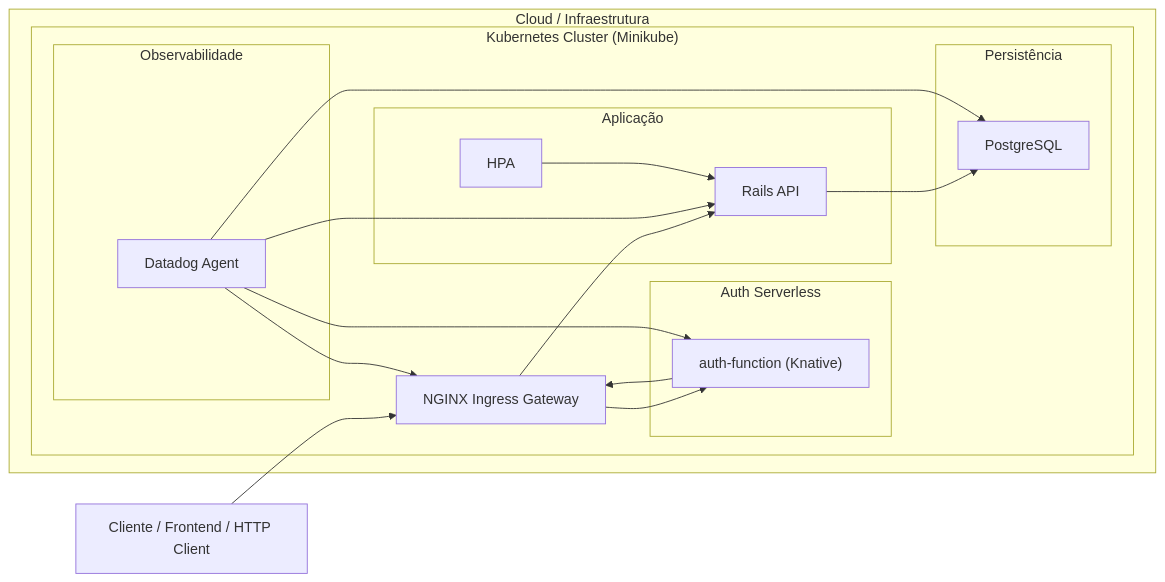
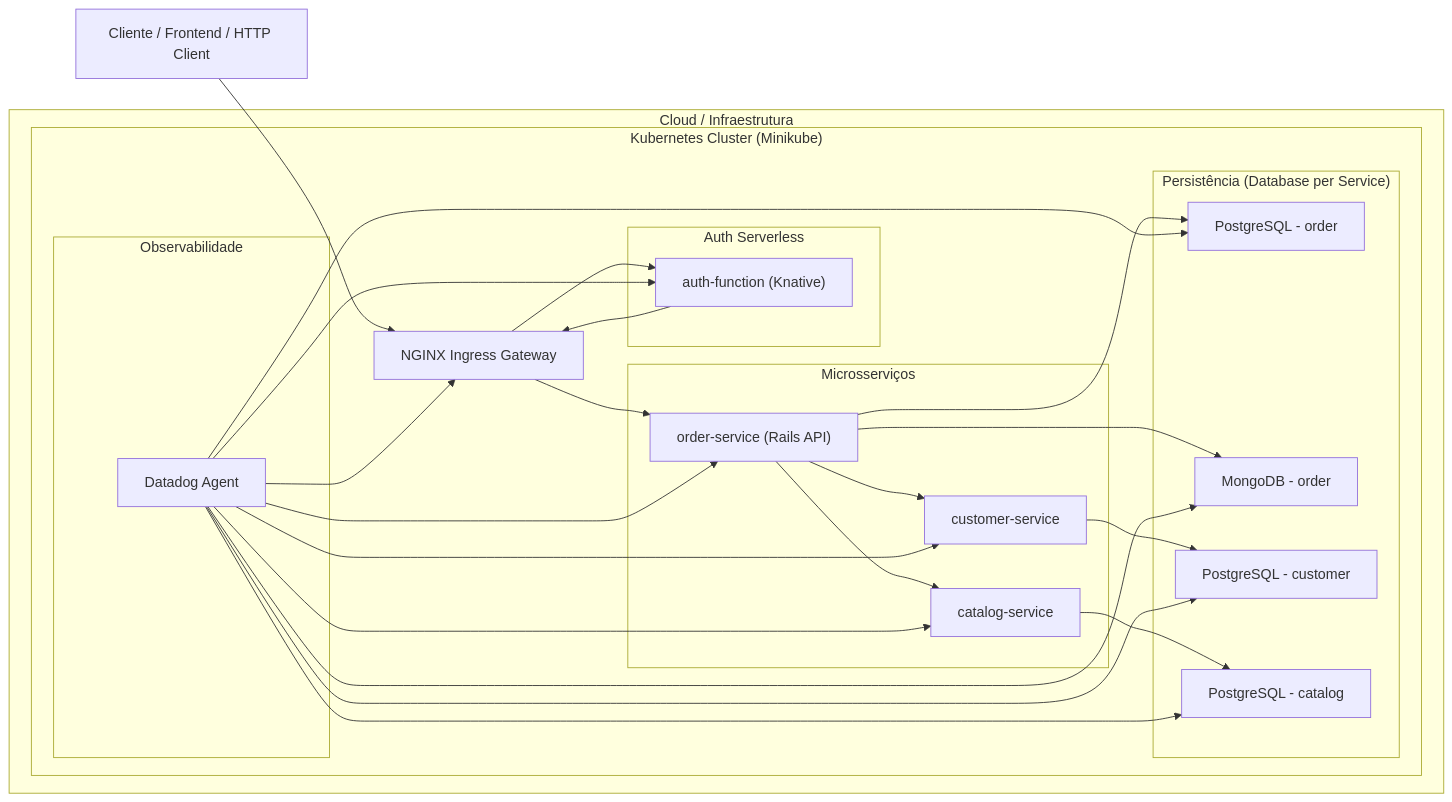
Before and after one commit to gabriel-murakami/workshop: the second of 3 diagrams in README.md, drawn with Mermaid. The commit also changed other lines of this file and 40 other files, not shown here.

````diff
--- a/README.md
+++ b/README.md
@@ -199,39 +199,61 @@
 ```mermaid
 flowchart LR
     subgraph Cloud["Cloud / Infraestrutura"]
         subgraph K8s["Kubernetes Cluster (Minikube)"]
             NGINX["NGINX Ingress Gateway"]
 
             subgraph Auth["Auth Serverless"]
                 AUTH["auth-function (Knative)"]
             end
 
-            subgraph API["Aplicação"]
-                WEB["Rails API"]
-                HPA["HPA"]
-                HPA --> WEB
+            subgraph Services["Microsserviços"]
+                ORDER["order-service (Rails API)"]
+                CUSTOMER["customer-service"]
+                CATALOG["catalog-service"]
             end
 
-            subgraph DB["Persistência"]
-                POSTGRES["PostgreSQL"]
+            subgraph DB["Persistência (Database per Service)"]
+                DB_ORDER_PG["PostgreSQL - order"]
+                DB_ORDER_MONGO["MongoDB - order"]
+                DB_CUSTOMER["PostgreSQL - customer"]
+                DB_CATALOG["PostgreSQL - catalog"]
             end
 
             subgraph Obs["Observabilidade"]
                 DD["Datadog Agent"]
             end
         end
     end
 
     Client["Cliente / Frontend / HTTP Client"]
 
+    %% Entrada
     Client --> NGINX
+
+    %% Auth apenas no order-service
     NGINX --> AUTH
     AUTH --> NGINX
-    NGINX --> WEB
-    WEB --> POSTGRES
+    NGINX --> ORDER
 
+    %% Comunicação interna
+    ORDER --> CUSTOMER
+    ORDER --> CATALOG
+
+    %% Bancos
+    ORDER --> DB_ORDER_PG
+    ORDER --> DB_ORDER_MONGO
+    CUSTOMER --> DB_CUSTOMER
+    CATALOG --> DB_CATALOG
+
+    %% Observabilidade
     DD --> NGINX
     DD --> AUTH
-    DD --> WEB
-    DD --> POSTGRES
+    DD --> ORDER
+    DD --> CUSTOMER
+    DD --> CATALOG
+    DD --> DB_ORDER_PG
+    DD --> DB_ORDER_MONGO
+    DD --> DB_CUSTOMER
+    DD --> DB_CATALOG
+
 ```
````
